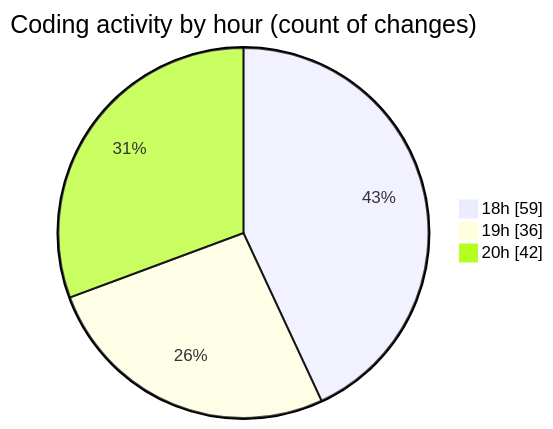
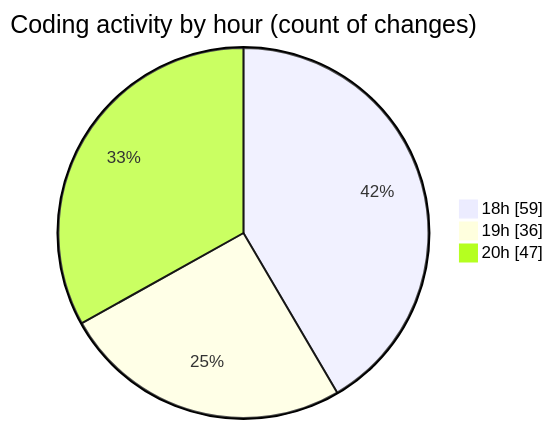
The second of 2 diagrams in 2025-04-02/back-end/README.md (Netris89/code-tracking), drawn with Mermaid before and after one commit. The commit also changed other lines of this file and 1 other file, not shown here.

````diff
--- a/2025-04-02/back-end/README.md
+++ b/2025-04-02/back-end/README.md
@@ -37,7 +40,7 @@
 ```mermaid
 pie showData
 title Coding activity by hour (count of changes)
 "18h" : 59
 "19h" : 36
-"20h" : 42
+"20h" : 47
 ```
````
